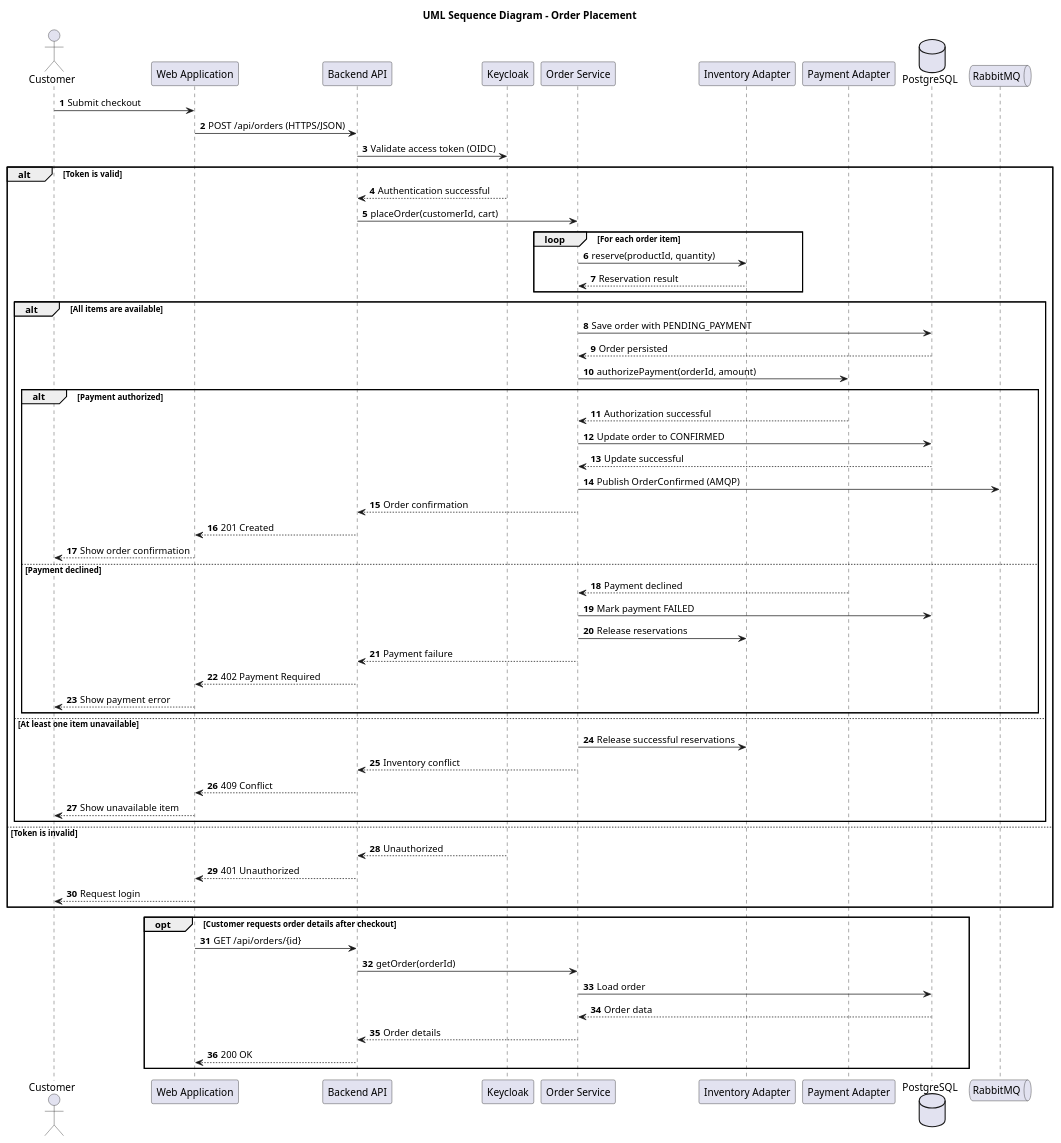
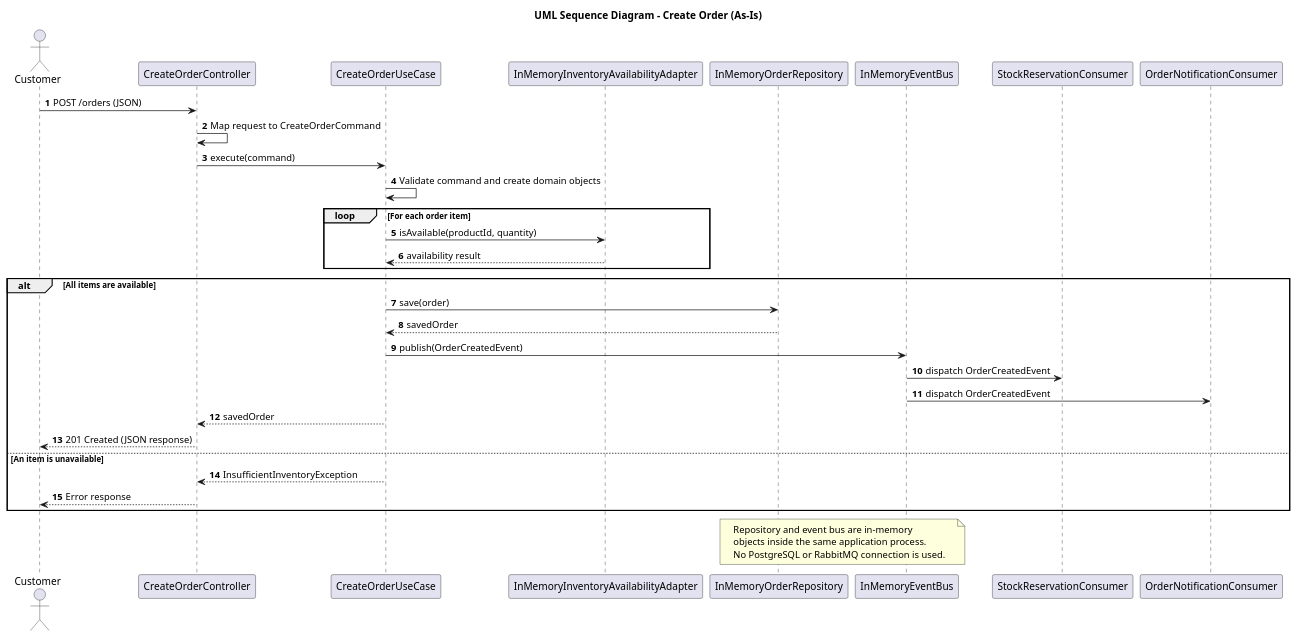
The diagram in docs/diagrams/05_order_sequence.puml (Belckaa/Cloud-Platform), drawn with PlantUML before and after one commit. The commit also changed 13 other files, not shown here.

Commit message:
Complete lab 6: architecture design and deployment

```diff
--- a/docs/diagrams/05_order_sequence.puml
+++ b/docs/diagrams/05_order_sequence.puml
@@ -1,70 +1,45 @@
 @startuml 05_order_sequence
-title UML Sequence Diagram - Order Placement
+title UML Sequence Diagram - Create Order (As-Is)
 autonumber
 
 actor Customer
-participant "Web Application" as Web
-participant "Backend API" as API
-participant "Keycloak" as Auth
-participant "Order Service" as Order
-participant "Inventory Adapter" as Inventory
-participant "Payment Adapter" as Payment
-database "PostgreSQL" as DB
-queue "RabbitMQ" as MQ
+participant "CreateOrderController" as Controller
+participant "CreateOrderUseCase" as UseCase
+participant "InMemoryInventoryAvailabilityAdapter" as Inventory
+participant "InMemoryOrderRepository" as Repository
+participant "InMemoryEventBus" as EventBus
+participant "StockReservationConsumer" as StockConsumer
+participant "OrderNotificationConsumer" as NotificationConsumer
 
-Customer -> Web: Submit checkout
-Web -> API: POST /api/orders (HTTPS/JSON)
-API -> Auth: Validate access token (OIDC)
+Customer -> Controller: POST /orders (JSON)
+Controller -> Controller: Map request to CreateOrderCommand
+Controller -> UseCase: execute(command)
 
-alt Token is valid
-    Auth --> API: Authentication successful
-    API -> Order: placeOrder(customerId, cart)
+UseCase -> UseCase: Validate command and create domain objects
 
-    loop For each order item
-        Order -> Inventory: reserve(productId, quantity)
-        Inventory --> Order: Reservation result
-    end
-
-    alt All items are available
-        Order -> DB: Save order with PENDING_PAYMENT
-        DB --> Order: Order persisted
-
-        Order -> Payment: authorizePayment(orderId, amount)
-        alt Payment authorized
-            Payment --> Order: Authorization successful
-            Order -> DB: Update order to CONFIRMED
-            DB --> Order: Update successful
-            Order -> MQ: Publish OrderConfirmed (AMQP)
-            Order --> API: Order confirmation
-            API --> Web: 201 Created
-            Web --> Customer: Show order confirmation
-        else Payment declined
-            Payment --> Order: Payment declined
-            Order -> DB: Mark payment FAILED
-            Order -> Inventory: Release reservations
-            Order --> API: Payment failure
-            API --> Web: 402 Payment Required
-            Web --> Customer: Show payment error
-        end
-    else At least one item unavailable
-        Order -> Inventory: Release successful reservations
-        Order --> API: Inventory conflict
-        API --> Web: 409 Conflict
-        Web --> Customer: Show unavailable item
-    end
-
-else Token is invalid
-    Auth --> API: Unauthorized
-    API --> Web: 401 Unauthorized
-    Web --> Customer: Request login
+loop For each order item
+    UseCase -> Inventory: isAvailable(productId, quantity)
+    Inventory --> UseCase: availability result
 end
 
-opt Customer requests order details after checkout
-    Web -> API: GET /api/orders/{id}
-    API -> Order: getOrder(orderId)
-    Order -> DB: Load order
-    DB --> Order: Order data
-    Order --> API: Order details
-    API --> Web: 200 OK
+alt All items are available
+    UseCase -> Repository: save(order)
+    Repository --> UseCase: savedOrder
+
+    UseCase -> EventBus: publish(OrderCreatedEvent)
+    EventBus -> StockConsumer: dispatch OrderCreatedEvent
+    EventBus -> NotificationConsumer: dispatch OrderCreatedEvent
+
+    UseCase --> Controller: savedOrder
+    Controller --> Customer: 201 Created (JSON response)
+else An item is unavailable
+    UseCase --> Controller: InsufficientInventoryException
+    Controller --> Customer: Error response
 end
+
+note over Repository,EventBus
+Repository and event bus are in-memory
+objects inside the same application process.
+No PostgreSQL or RabbitMQ connection is used.
+end note
 @enduml
```
